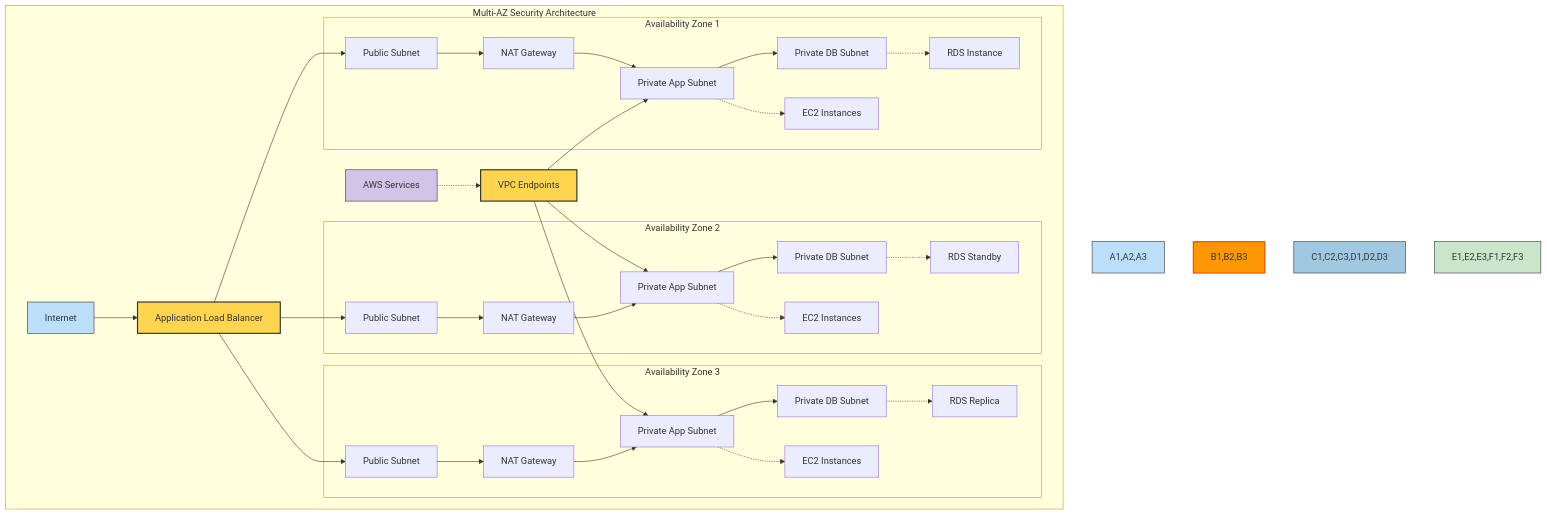
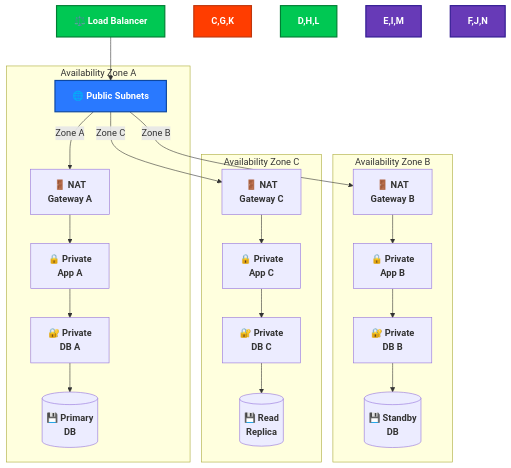
The seventh of 15 diagrams in SECURITY_ARCHITECTURE.md (Hack23/cia), drawn with Mermaid before and after one commit. The commit also changed other lines of this file, not shown here.

````diff
--- a/SECURITY_ARCHITECTURE.md
+++ b/SECURITY_ARCHITECTURE.md
@@ -518,46 +496,33 @@
 ```mermaid
 graph TD
-    subgraph "Multi-AZ Security Architecture"
-        subgraph "Availability Zone 1"
-            A1[Public Subnet] --> B1[NAT Gateway]
-            B1 --> C1[Private App Subnet]
-            C1 --> D1[Private DB Subnet]
-            
-            C1 -.-> E1[EC2 Instances]
-            D1 -.-> F1[RDS Instance]
-        end
-        
-        subgraph "Availability Zone 2"
-            A2[Public Subnet] --> B2[NAT Gateway]
-            B2 --> C2[Private App Subnet]
-            C2 --> D2[Private DB Subnet]
-            
-            C2 -.-> E2[EC2 Instances]
-            D2 -.-> F2[RDS Standby]
-        end
-        
-        subgraph "Availability Zone 3"
-            A3[Public Subnet] --> B3[NAT Gateway]
-            B3 --> C3[Private App Subnet]
-            C3 --> D3[Private DB Subnet]
-            
-            C3 -.-> E3[EC2 Instances]
-            D3 -.-> F3[RDS Replica]
-        end
-        
-        ALB[Application Load Balancer] --> A1 & A2 & A3
-        Internet[Internet] --> ALB
-        
-        VPC1[VPC Endpoints] --> C1 & C2 & C3
-        AWS[AWS Services] -.-> VPC1
+    A[⚖️ Load Balancer] --> B[🌐 Public Subnets]
+    
+    subgraph "Availability Zone A"
+        B --> |"Zone A"| C[🚪 NAT<br>Gateway A]
+        C --> D[🔒 Private<br>App A]
+        D --> E[🔐 Private<br>DB A]
+        E --> F[(💾 Primary<br>DB)]
     end
     
-    style A1,A2,A3 fill:#bbdefb,stroke:#333,stroke-width:1px
-    style B1,B2,B3 fill:#ff9800,stroke:#e65100,stroke-width:2px
-    style C1,C2,C3,D1,D2,D3 fill:#a0c8e0,stroke:#333,stroke-width:1px
-    style E1,E2,E3,F1,F2,F3 fill:#c8e6c9,stroke:#333,stroke-width:1px
-    style ALB fill:#ffd54f,stroke:#333,stroke-width:2px
-    style Internet fill:#bbdefb,stroke:#333,stroke-width:1px
-    style VPC1 fill:#ffd54f,stroke:#333,stroke-width:2px
-    style AWS fill:#d1c4e9,stroke:#333,stroke-width:1px
+    subgraph "Availability Zone B"
+        B --> |"Zone B"| G[🚪 NAT<br>Gateway B]
+        G --> H[🔒 Private<br>App B]
+        H --> I[🔐 Private<br>DB B]
+        I --> J[(💾 Standby<br>DB)]
+    end
+    
+    subgraph "Availability Zone C"
+        B --> |"Zone C"| K[🚪 NAT<br>Gateway C]
+        K --> L[🔒 Private<br>App C]
+        L --> M[🔐 Private<br>DB C]
+        M --> N[(💾 Read<br>Replica)]
+    end
+    
+    style A fill:#00C853,stroke:#007E33,stroke-width:2px,color:white,font-weight:bold
+    style B fill:#2979FF,stroke:#0D47A1,stroke-width:2px,color:white,font-weight:bold
+    style C,G,K fill:#FF3D00,stroke:#BF360C,stroke-width:2px,color:white,font-weight:bold
+    style D,H,L fill:#00C853,stroke:#007E33,stroke-width:2px,color:white,font-weight:bold
+    style E,I,M fill:#673AB7,stroke:#311B92,stroke-width:2px,color:white,font-weight:bold
+    style F,J,N fill:#673AB7,stroke:#311B92,stroke-width:2px,color:white,font-weight:bold
+    classDef default font-weight:bold
 ```
````
